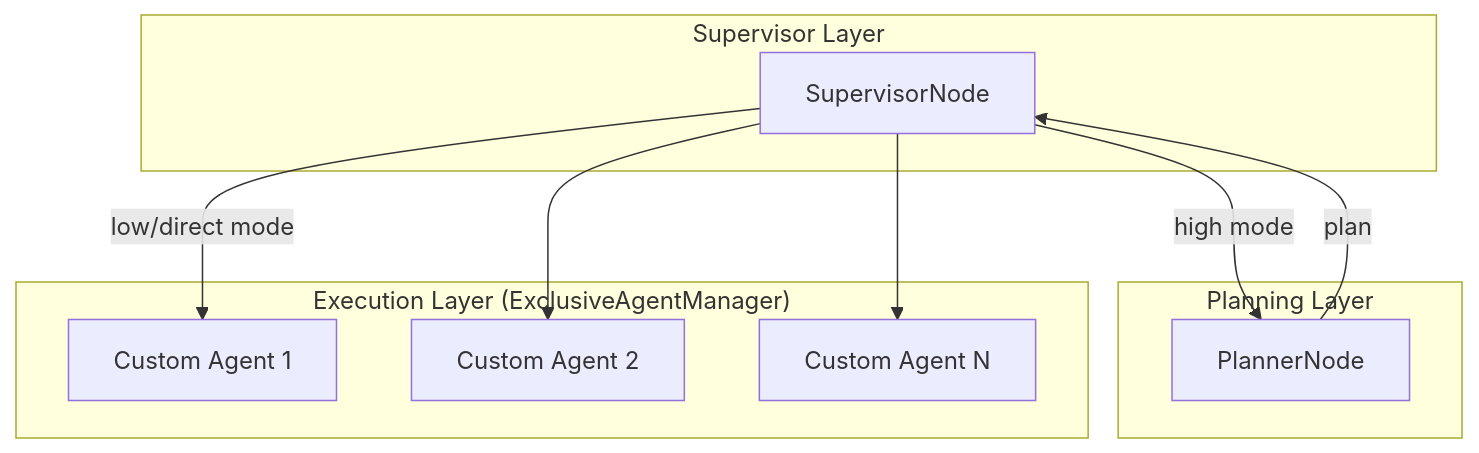
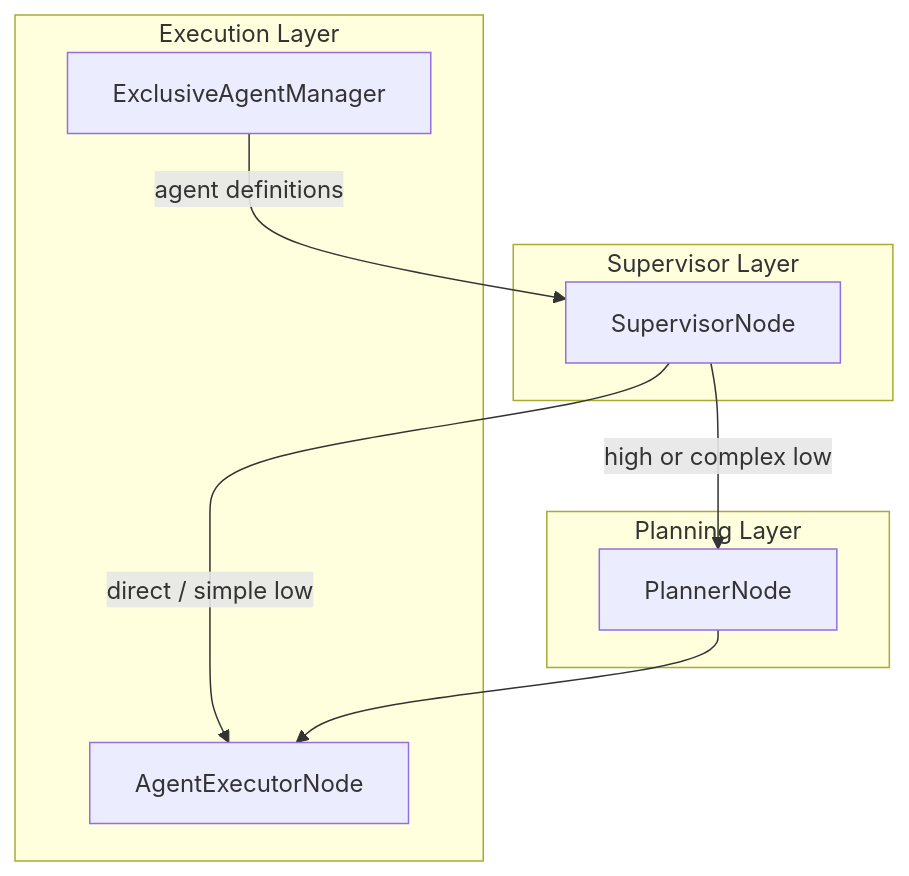
Before and after one commit to coco4atJP/Tepora-alpha: the fourth of 10 diagrams in docs/architecture/ARCHITECTURE.md, drawn with Mermaid. The commit also changed other lines of this file, not shown here.

Commit message:
docs: update architecture documentation to v5.02

````diff
--- a/docs/architecture/ARCHITECTURE.md
+++ b/docs/architecture/ARCHITECTURE.md
@@ -471,22 +478,20 @@
 ```mermaid
 graph TD
     subgraph "Supervisor Layer"
         SUP[SupervisorNode]
     end
   
     subgraph "Planning Layer"
         PLAN[PlannerNode]
     end
   
-    subgraph "Execution Layer (ExclusiveAgentManager)"
-        A1[Custom Agent 1]
-        A2[Custom Agent 2]
-        AN[Custom Agent N]
+    subgraph "Execution Layer"
+        EXEC[AgentExecutorNode]
+        EAM[ExclusiveAgentManager]
     end
   
-    SUP -->|high mode| PLAN
-    PLAN -->|plan| SUP
-    SUP -->|low/direct mode| A1
-    SUP --> A2
-    SUP --> AN
+    SUP -->|high or complex low| PLAN
+    SUP -->|direct / simple low| EXEC
+    PLAN --> EXEC
+    EAM -->|agent definitions| SUP
 ```
````
